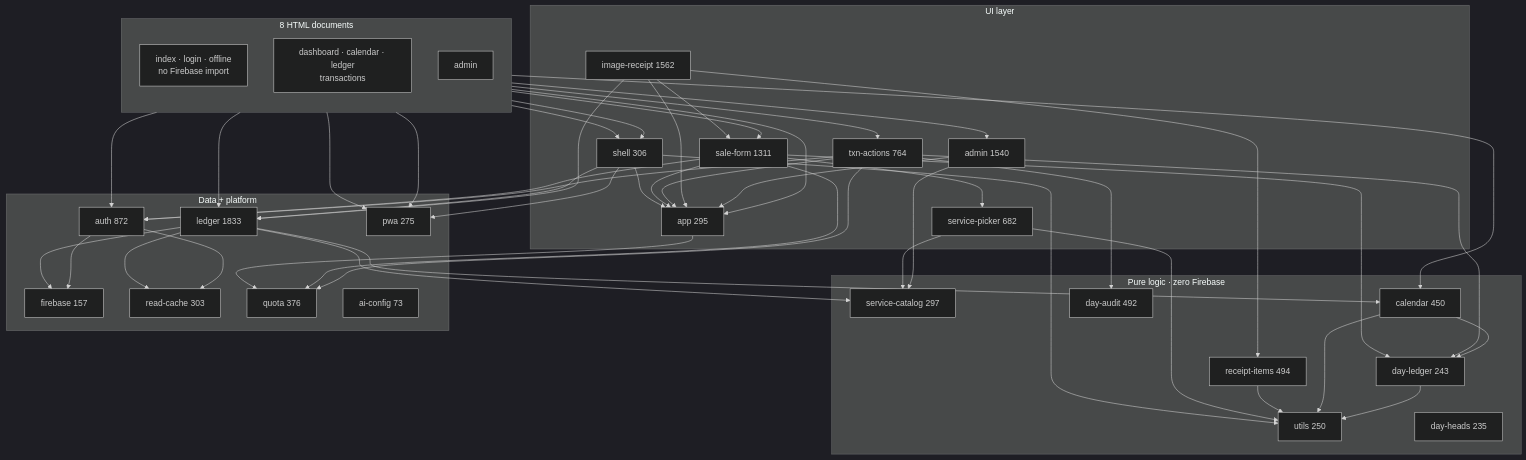
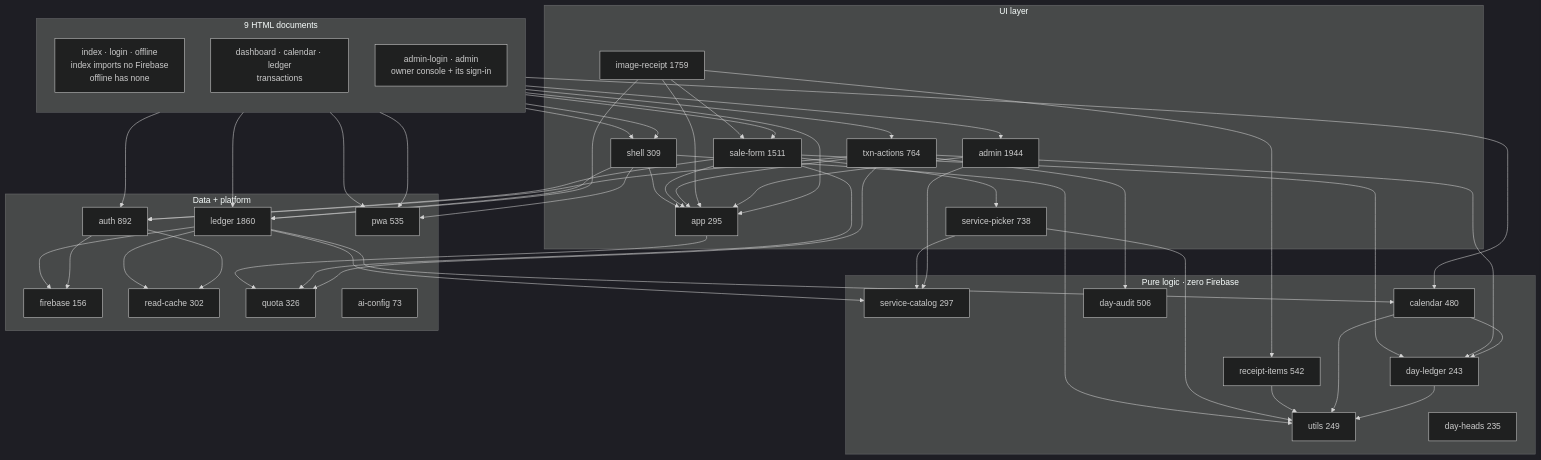
The diagram in docs/ARCHITECTURE.md (arshinmrelju/leadger), drawn with Mermaid (dark theme) before and after one commit. The commit also changed other lines of this file and 4 other files, not shown here.

````diff
--- a/docs/ARCHITECTURE.md
+++ b/docs/ARCHITECTURE.md
@@ -15,39 +15,39 @@
 ```mermaid
 flowchart TD
-    subgraph HTML["8 HTML documents"]
+    subgraph HTML["9 HTML documents"]
         direction TB
-        PUB["index · login · offline<br/>no Firebase import"]
+        PUB["index · login · offline<br/>index imports no Firebase<br/>offline has none"]
         SHOP["dashboard · calendar · ledger<br/>transactions"]
-        ADM["admin"]
+        ADM["admin-login · admin<br/>owner console + its sign-in"]
     end
 
     subgraph PURE["Pure logic · zero Firebase"]
-        UTIL["utils 250"]
+        UTIL["utils 249"]
         CAT["service-catalog 297"]
         DH["day-heads 235"]
         DL["day-ledger 243"]
-        CAL["calendar 450"]
-        AUD["day-audit 492"]
-        RITEMS["receipt-items 494"]
+        CAL["calendar 480"]
+        AUD["day-audit 506"]
+        RITEMS["receipt-items 542"]
     end
 
     subgraph UI["UI layer"]
         APP["app 295"]
-        SHELL["shell 306"]
-        FORM["sale-form 1311"]
-        PICK["service-picker 682"]
+        SHELL["shell 309"]
+        FORM["sale-form 1511"]
+        PICK["service-picker 738"]
         TXN["txn-actions 764"]
-        IMGR["image-receipt 1562"]
-        ADMJS["admin 1540"]
+        IMGR["image-receipt 1759"]
+        ADMJS["admin 1944"]
     end
 
     subgraph DATA["Data + platform"]
-        LEDGER["ledger 1833"]
-        AUTH["auth 872"]
-        FB["firebase 157"]
-        CACHE["read-cache 303"]
-        QUOTA["quota 376"]
-        PWA["pwa 275"]
+        LEDGER["ledger 1860"]
+        AUTH["auth 892"]
+        FB["firebase 156"]
+        CACHE["read-cache 302"]
+        QUOTA["quota 326"]
+        PWA["pwa 535"]
         AICFG["ai-config 73"]
     end
 
````
